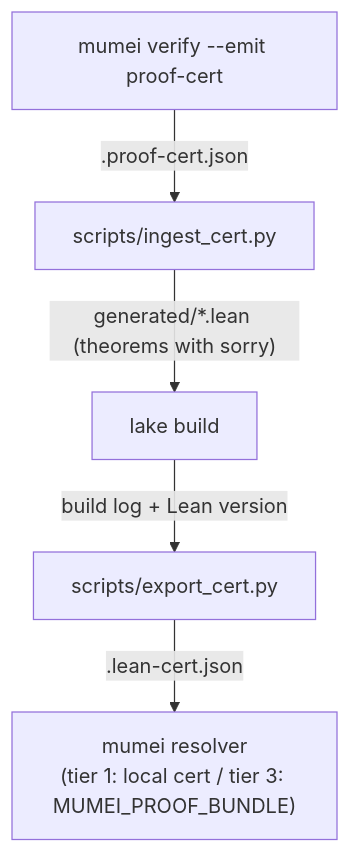
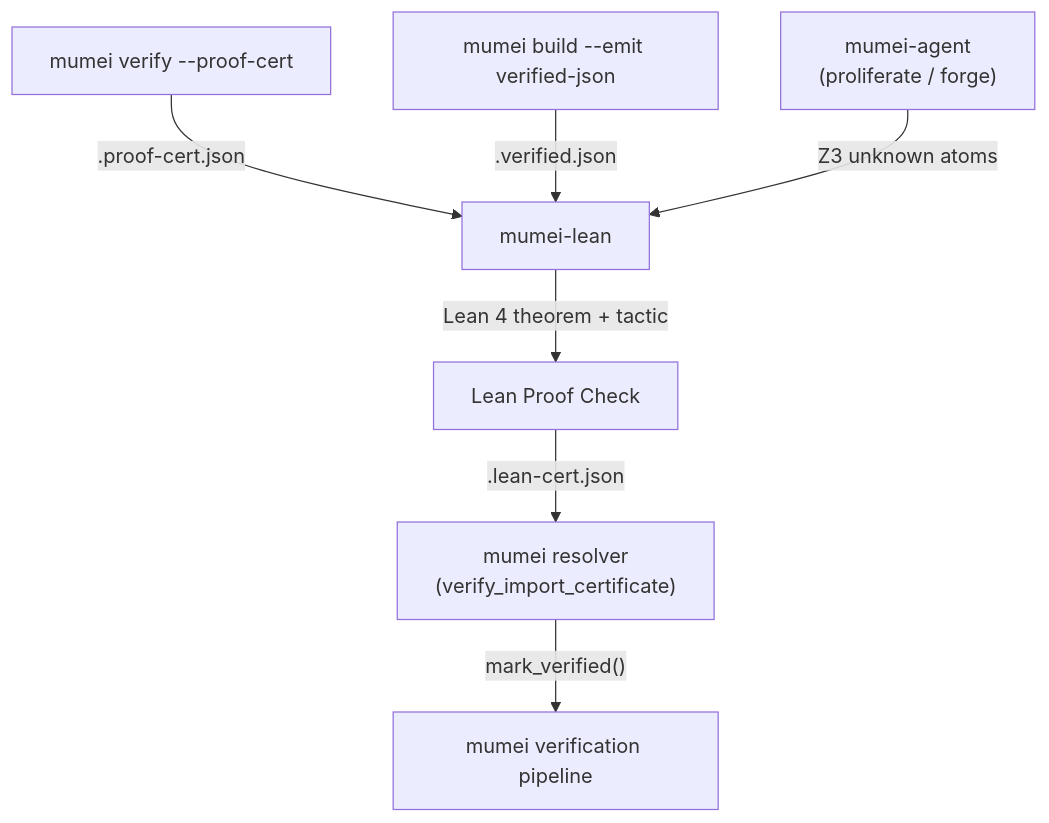
Before and after one commit to mumei-lang/mumei-lean: the diagram in README.md, drawn with Mermaid. The commit also changed 3 other files, not shown here.

First line of the commit message:
fix(lake): drop srcDir override + soft-fail CI lake job; add full-pipeline mermaid

````diff
--- a/README.md
+++ b/README.md
@@ -26,7 +26,9 @@
 ```mermaid
 graph TD
-    M["mumei verify --emit proof-cert"] -->|".proof-cert.json"| I["scripts/ingest_cert.py"]
-    I -->|"generated/*.lean (theorems with sorry)"| L["lake build"]
-    L -->|"build log + Lean version"| E["scripts/export_cert.py"]
-    E -->|".lean-cert.json"| R["mumei resolver\n(tier 1: local cert / tier 3: MUMEI_PROOF_BUNDLE)"]
+    M["mumei verify --proof-cert"] -->|".proof-cert.json"| ML["mumei-lean"]
+    M2["mumei build --emit verified-json"] -->|".verified.json"| ML
+    ML -->|"Lean 4 theorem + tactic"| LP["Lean Proof Check"]
+    LP -->|".lean-cert.json"| MR["mumei resolver\n(verify_import_certificate)"]
+    MR -->|"mark_verified()"| MV["mumei verification pipeline"]
+    AG["mumei-agent\n(proliferate / forge)"] -->|"Z3 unknown atoms"| ML
 ```
````
